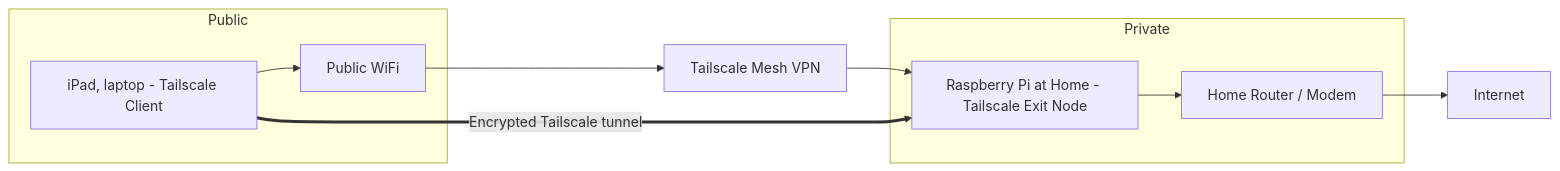
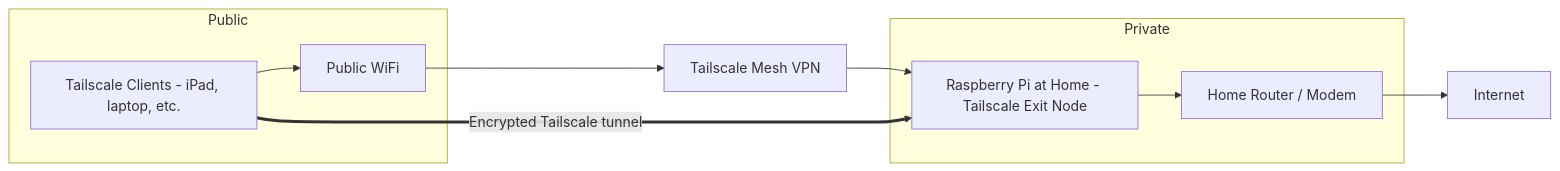
One commit to natonet-labs/tailscale-pi-exit-node changed the diagram in tailscale-exit-node.md. Above: the diagram before and after it, drawn with Mermaid.

Commit message:
Clarify Tailscale client description in diagram

````diff
--- a/tailscale-exit-node.md
+++ b/tailscale-exit-node.md
@@ -3,24 +3,24 @@
 ```mermaid
 flowchart LR
     %% Locations
     T[Tailscale Mesh VPN]
 
     subgraph Public_Network[Public]
         W[Public WiFi]
-        D[iPad, laptop - Tailscale Client]
+        D[Tailscale Clients - iPad, laptop, etc.]
     end
 
     subgraph Home_Network[Private]
         R[Home Router / Modem]
         P[Raspberry Pi at Home - Tailscale Exit Node]
     end
 
     %% Device connections
     D --> W
     W --> T
     T --> P
     P --> R --> I[Internet]
 
     %% Logical data path
     D ==>|Encrypted Tailscale tunnel| P
 ```
````
